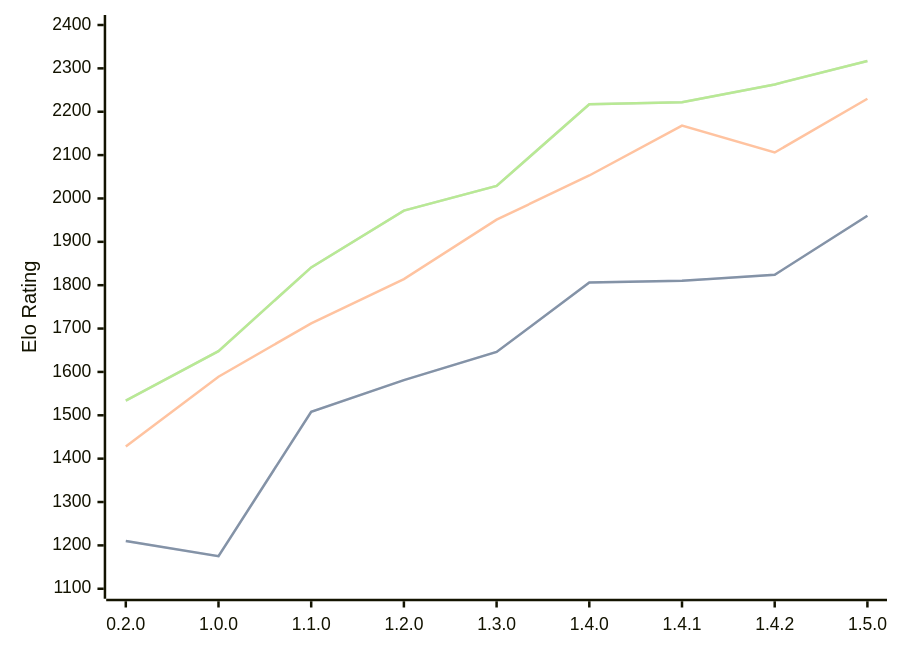
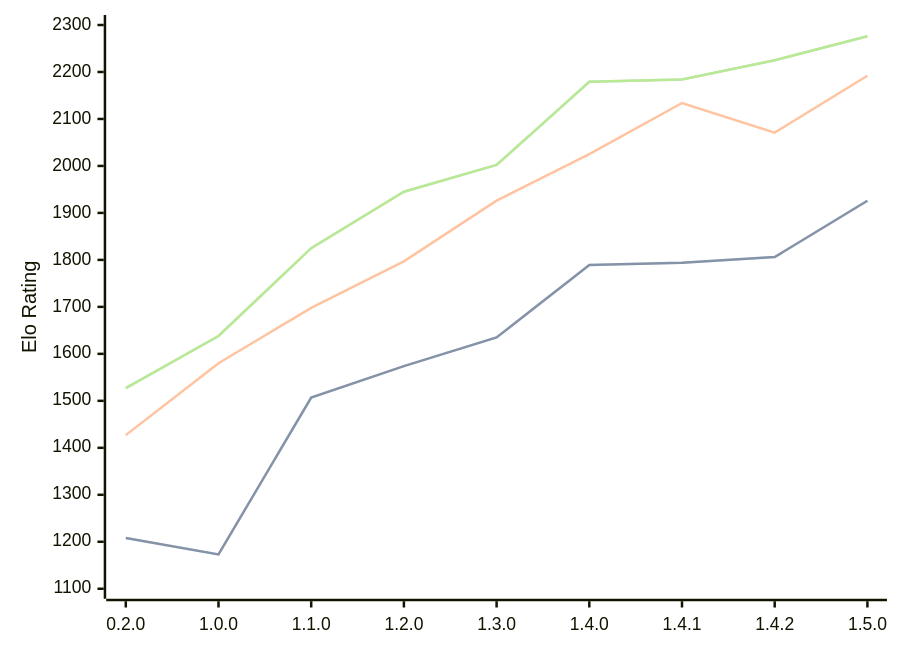
Before and after one commit to computer-chess-index/cci: the diagram in engines/Zeppelin.md, drawn with Mermaid. The commit also changed other lines of this file, not shown here.

Commit message:
Update CCI Ratings (ELO VLTC) - 2026-05-19

````diff
--- a/engines/Zeppelin.md
+++ b/engines/Zeppelin.md
@@ -41,11 +41,11 @@
 ```mermaid
 %%{init: {"theme":"base","themeVariables":{"seriesColors:['#a3a3a3','#222221','#faa371']}}}%%
 xychart-beta
   x-axis ["0.2.0", "1.0.0", "1.1.0", "1.2.0", "1.3.0", "1.4.0", "1.4.1", "1.4.2", "1.5.0"]
-  y-axis "Elo Rating" 1100 --> 2400
-  line "STC (8.0+0.08s)" [1210, 1175, 1508, 1581, 1646, 1806, 1810, 1824, 1960]
-  line "STC (8.0+0.08s)" [1210, 1175, 1508, 1581, 1646, 1806, 1810, 1824, 1960]
-  line "LTC (60.0+0.60s)" [1428, 1589, 1712, 1814, 1951, 2053, 2168, 2106, 2230]
-  line "VLTC (2m24s+1.12s)" [1534, 1648, 1841, 1972, 2029, 2217, 2222, 2263, 2317]
-  line "VLTC (2m24s+1.12s)" [1534, 1648, 1841, 1972, 2029, 2217, 2222, 2263, 2317]
+  y-axis "Elo Rating" 1100 --> 2300
+  line "STC (8.0+0.08s)" [1208, 1173, 1507, 1574, 1635, 1789, 1794, 1806, 1926]
+  line "STC (8.0+0.08s)" [1208, 1173, 1507, 1574, 1635, 1789, 1794, 1806, 1926]
+  line "LTC (60.0+0.60s)" [1427, 1580, 1698, 1797, 1926, 2025, 2134, 2071, 2192]
+  line "VLTC (2m24s+1.12s)" [1527, 1638, 1825, 1945, 2002, 2179, 2184, 2225, 2276]
+  line "VLTC (2m24s+1.12s)" [1527, 1638, 1825, 1945, 2002, 2179, 2184, 2225, 2276]
 ```
````
